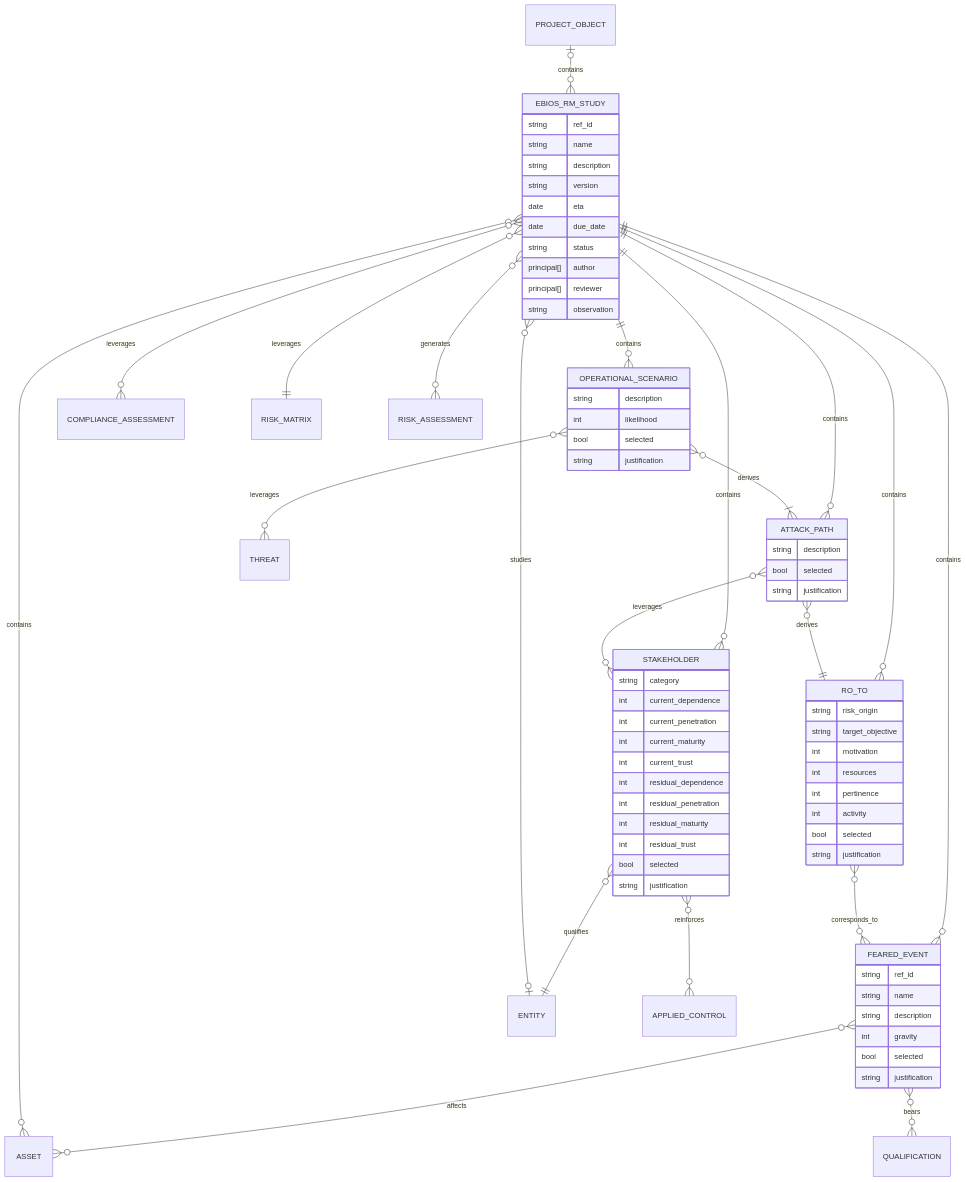
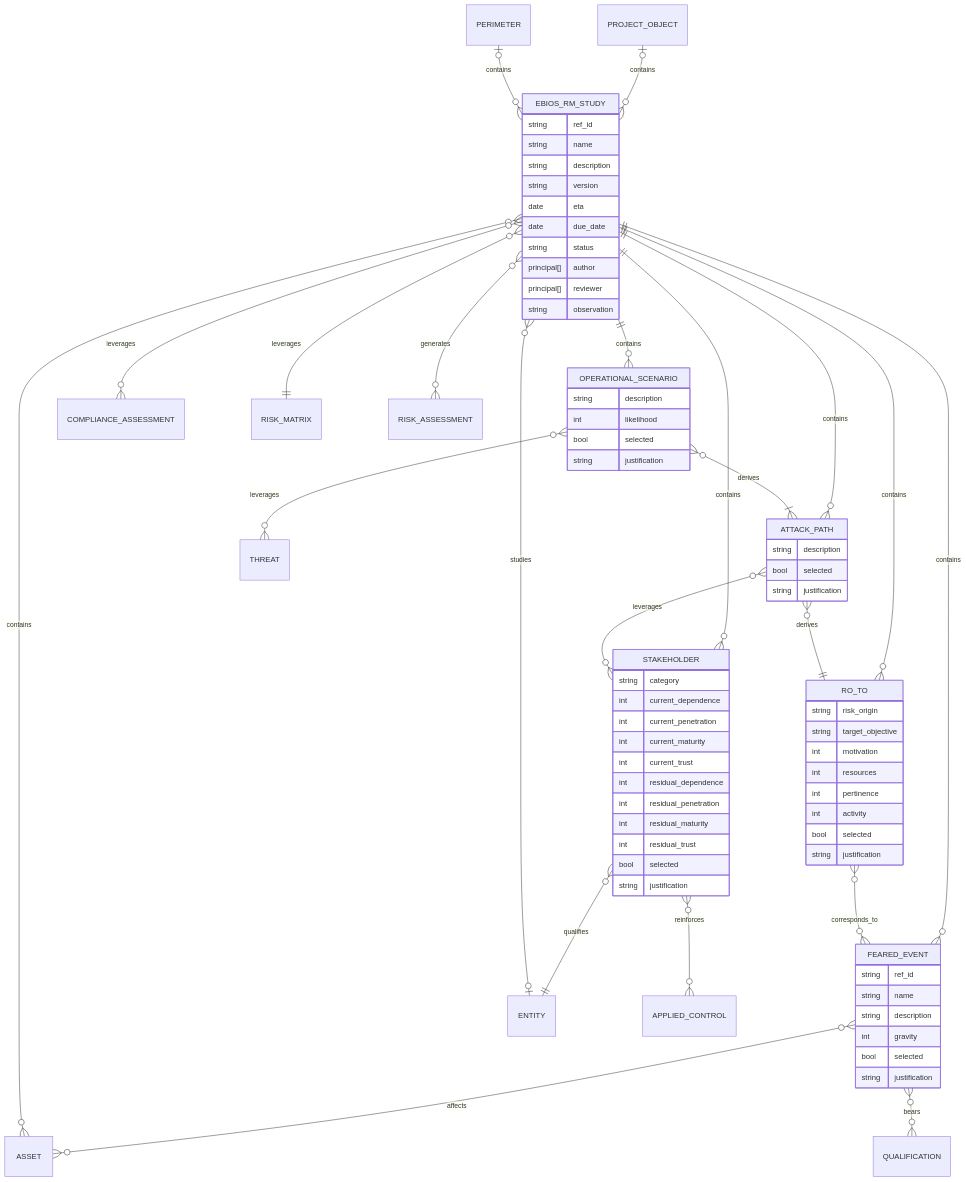
One commit to intuitem/ciso-assistant-community changed diagram 12 of 12 in documentation/architecture/data-model.md. Above: the diagram before and after it, drawn with Mermaid. The commit also changed other lines of this file, not shown here.

```diff
--- a/documentation/architecture/data-model.md
+++ b/documentation/architecture/data-model.md
@@ -1339,6 +1354,7 @@
     STAKEHOLDER           }o--o{ APPLIED_CONTROL      : reinforces
     FEARED_EVENT          }o--o{ QUALIFICATION        : bears
     PROJECT_OBJECT        |o--o{ EBIOS_RM_STUDY       : contains
+    PERIMETER             |o--o{ EBIOS_RM_STUDY       : contains
 
     EBIOS_RM_STUDY {
         string      ref_id
```
